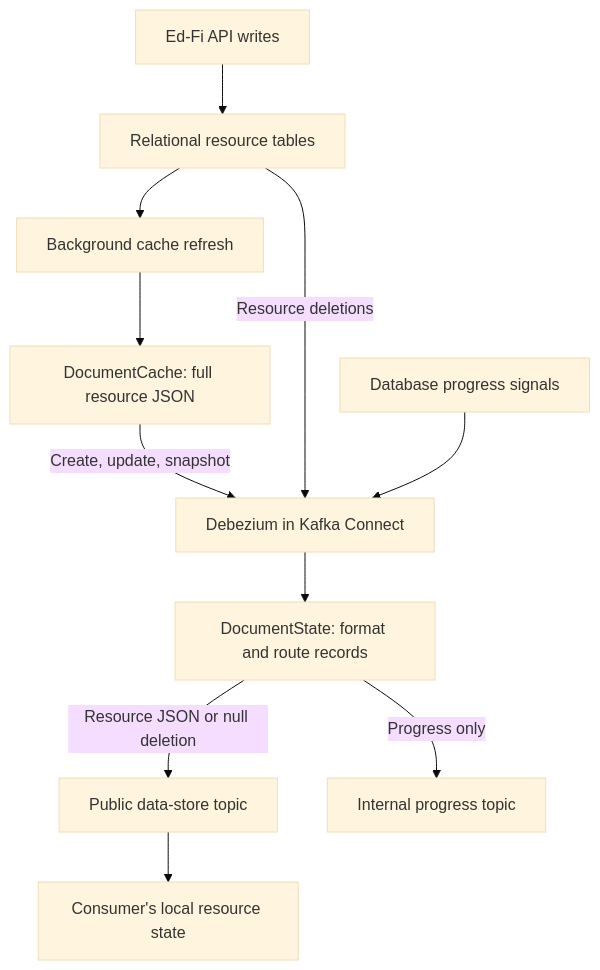
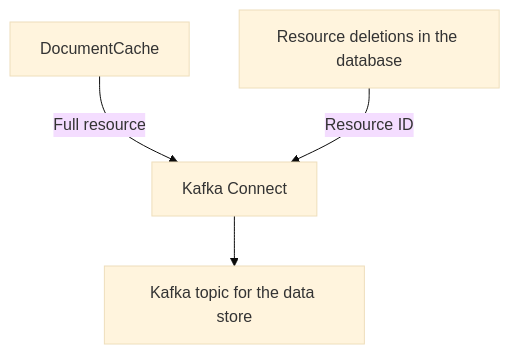
Before and after one commit to Ed-Fi-Alliance-OSS/ed-fi-alliance-oss.github.io: the diagram in odsApi_versioned_docs/version-8/platform-dev-guide/features/event-streaming-kafka-cdc.md, drawn with Mermaid (base theme). The commit also changed other lines of this file and 8 other files, not shown here.

````diff
--- a/odsApi_versioned_docs/version-8/platform-dev-guide/features/event-streaming-kafka-cdc.md
+++ b/odsApi_versioned_docs/version-8/platform-dev-guide/features/event-streaming-kafka-cdc.md
@@ -107,13 +47,6 @@
 ```mermaid
 flowchart TB
-    API[Ed-Fi API writes] --> DB[Relational resource tables]
-    DB --> Refresh[Background cache refresh]
-    Refresh --> Cache[DocumentCache: full resource JSON]
-    Cache -->|Create, update, snapshot| Capture[Debezium in Kafka Connect]
-    DB -->|Resource deletions| Capture
-    Heartbeat[Database progress signals] --> Capture
-    Capture --> Transform[DocumentState: format and route records]
-    Transform -->|Resource JSON or null deletion| Public[Public data-store topic]
-    Transform -->|Progress only| Internal[Internal progress topic]
-    Public --> Consumer[Consumer's local resource state]
+    Cache[DocumentCache] -->|Full resource| Connector[Kafka Connect]
+    DB[Resource deletions in the database] -->|Resource ID| Connector
+    Connector --> Topic[Kafka topic for the data store]
 ```
````
